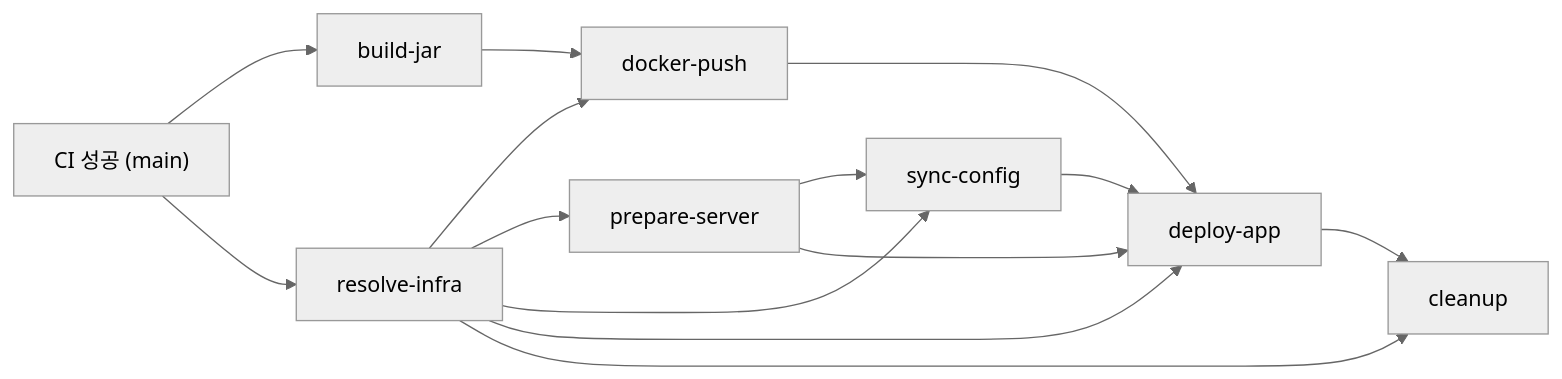
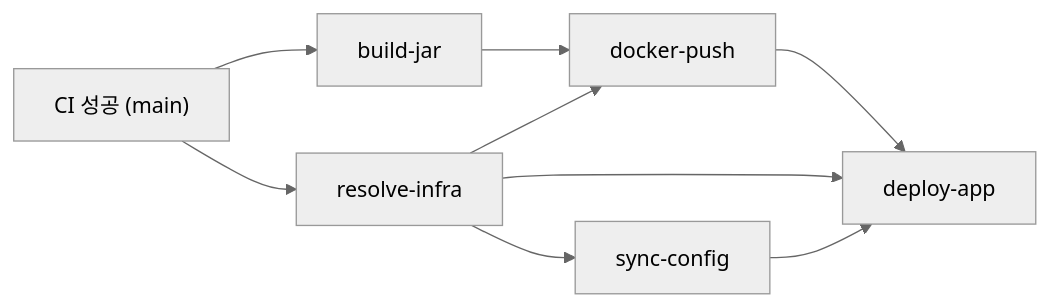
One commit to ImHereOfRati/server changed the first of 2 diagrams in docs/infra/cicd.md. Above: the diagram before and after it, drawn with Mermaid (neutral theme). The commit also changed other lines of this file and 6 other files, not shown here.

````diff
--- a/docs/infra/cicd.md
+++ b/docs/infra/cicd.md
@@ -31,20 +35,14 @@
 ```mermaid
 flowchart LR
     CI["CI 성공 (main)"] --> BuildJar["build-jar"]
     CI --> ResolveInfra["resolve-infra"]
 
     BuildJar --> DockerPush["docker-push"]
     ResolveInfra --> DockerPush
 
-    ResolveInfra --> PrepareServer["prepare-server"]
-    PrepareServer --> SyncConfig["sync-config"]
-    ResolveInfra --> SyncConfig
+    ResolveInfra --> SyncConfig["sync-config"]
 
     DockerPush --> DeployApp["deploy-app"]
-    PrepareServer --> DeployApp
     ResolveInfra --> DeployApp
     SyncConfig --> DeployApp
-
-    ResolveInfra --> Cleanup["cleanup"]
-    DeployApp --> Cleanup
 ```
````
